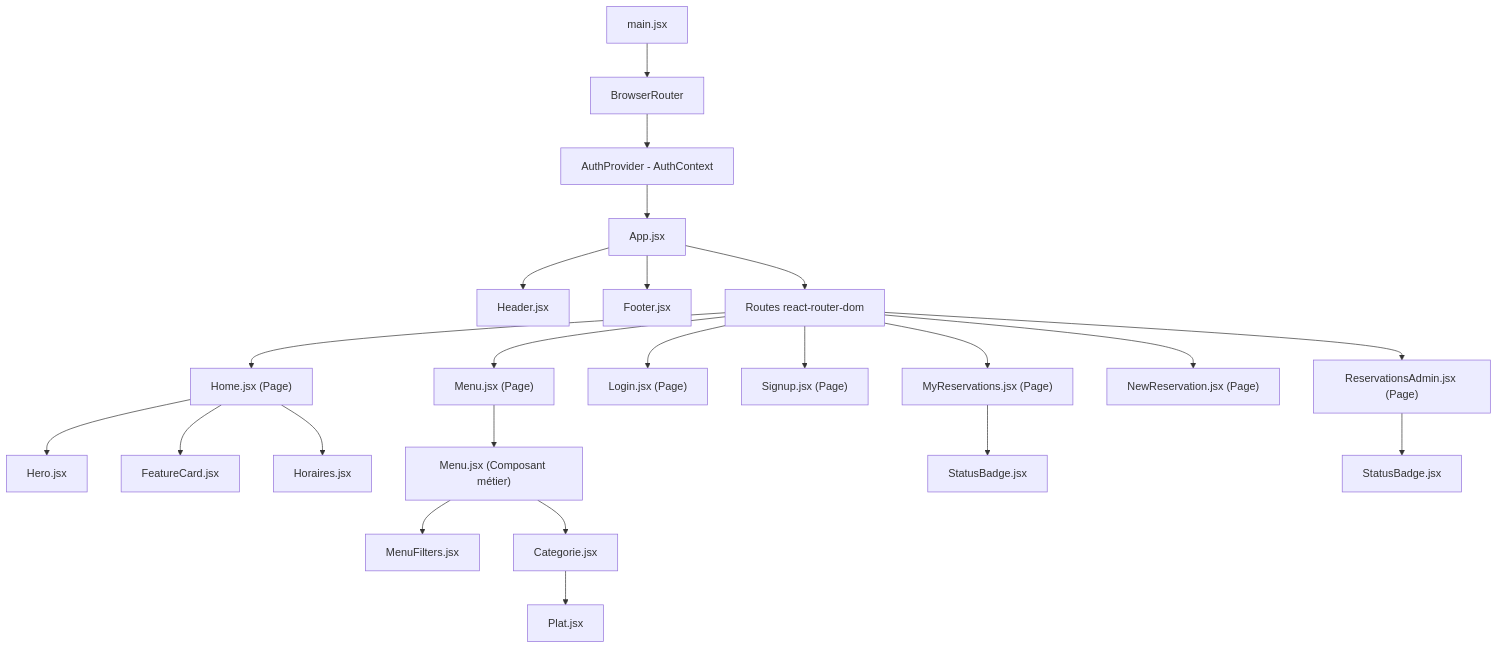
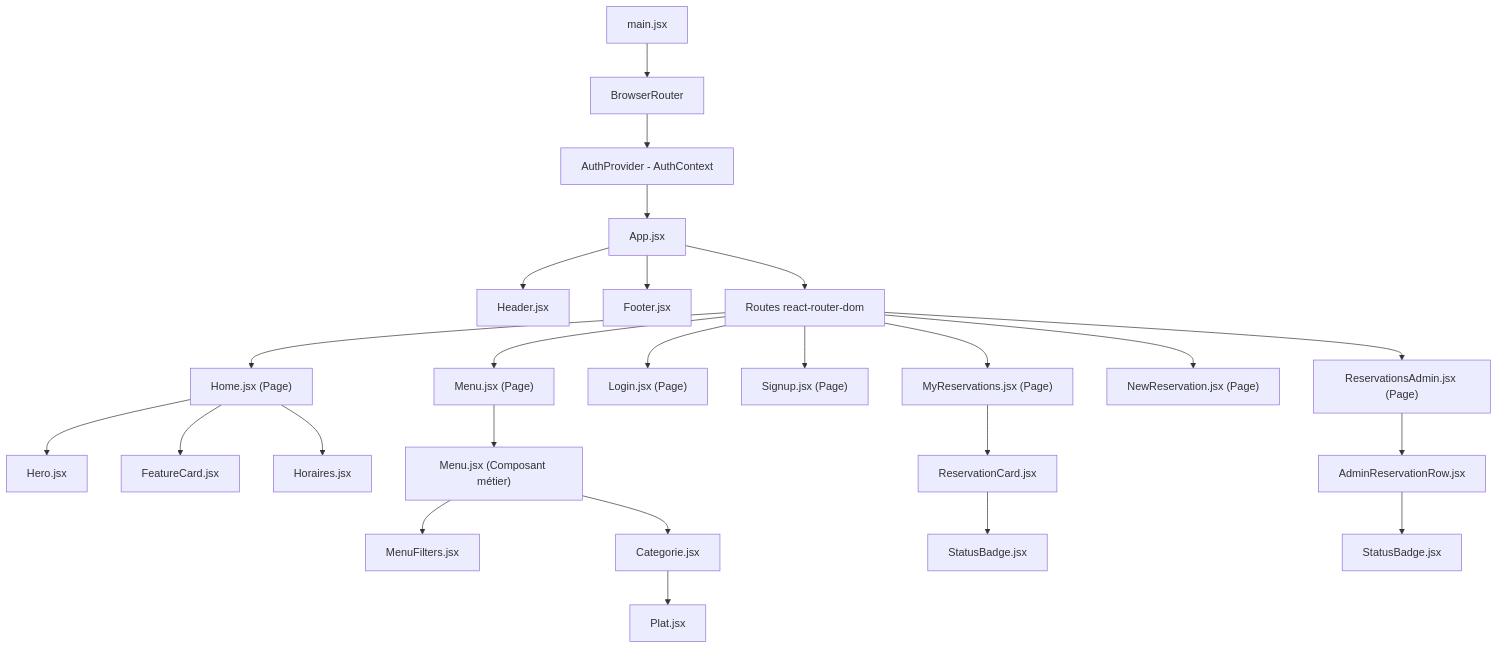
One commit to Nicocrpt/projet-restaurant-front changed the diagram in README.md. Above: the diagram before and after it, drawn with Mermaid. The commit also changed other lines of this file and 2 other files, not shown here.

Commit message:
Composants Admin Row

````diff
--- a/README.md
+++ b/README.md
@@ -55,32 +55,34 @@
 ```mermaid
 graph TD
     main[main.jsx] --> BrowserRouter
     BrowserRouter --> AuthProvider["AuthProvider - AuthContext"]
     AuthProvider --> App[App.jsx]
     
     App --> Header[Header.jsx]
     App --> Footer[Footer.jsx]
     App --> Routes["Routes react-router-dom"]
     
     Routes --> Home["Home.jsx (Page)"]
     Home --> Hero[Hero.jsx]
     Home --> FeatureCard[FeatureCard.jsx]
     Home --> Horaires[Horaires.jsx]
     
     Routes --> MenuPage["Menu.jsx (Page)"]
     MenuPage --> Menu["Menu.jsx (Composant métier)"]
     Menu --> MenuFilters[MenuFilters.jsx]
     Menu --> Categorie[Categorie.jsx]
     Categorie --> Plat[Plat.jsx]
     
     Routes --> Login["Login.jsx (Page)"]
     Routes --> Signup["Signup.jsx (Page)"]
     
     Routes --> MyReservations["MyReservations.jsx (Page)"]
-    MyReservations --> StatusBadge1[StatusBadge.jsx]
+    MyReservations --> ReservationCard[ReservationCard.jsx]
+    ReservationCard --> StatusBadge1[StatusBadge.jsx]
     
     Routes --> NewReservation["NewReservation.jsx (Page)"]
     
     Routes --> ReservationsAdmin["ReservationsAdmin.jsx (Page)"]
-    ReservationsAdmin --> StatusBadge2[StatusBadge.jsx]
+    ReservationsAdmin --> AdminReservationRow[AdminReservationRow.jsx]
+    AdminReservationRow --> StatusBadge2[StatusBadge.jsx]
 ```
````
